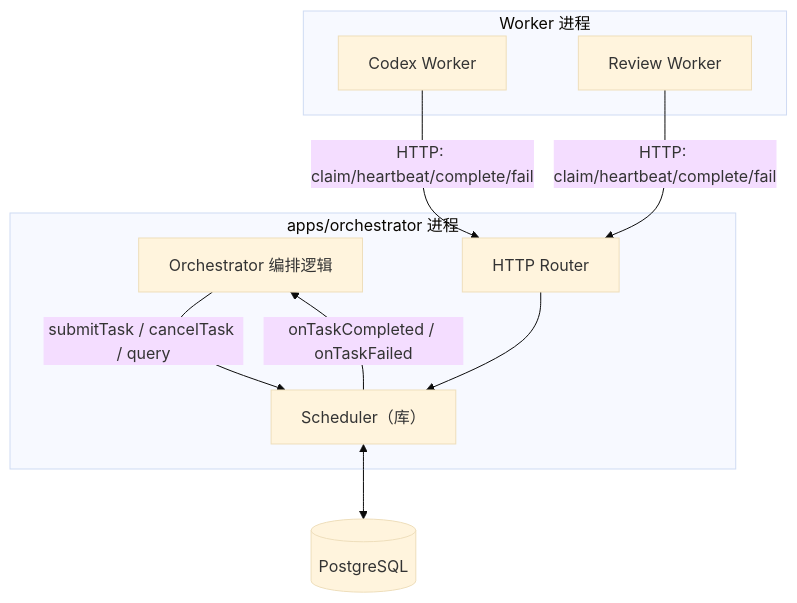
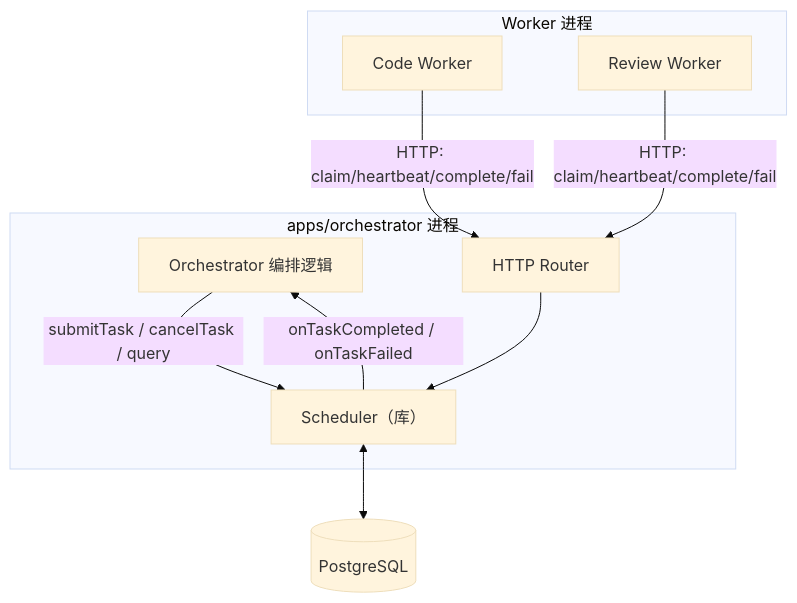
Before and after one commit to YoungerYang-Y/ai-sdlc-platform: the first of 4 diagrams in docs/design-docs/modules/scheduler.md, drawn with Mermaid (base theme). The commit also changed 15 other files, not shown here.

````diff
--- a/docs/design-docs/modules/scheduler.md
+++ b/docs/design-docs/modules/scheduler.md
@@ -37,22 +37,22 @@
 ```mermaid
 flowchart TB
     subgraph Orchestrator["apps/orchestrator 进程"]
         O["Orchestrator 编排逻辑"]
         S["Scheduler（库）"]
         API["HTTP Router"]
     end
 
     subgraph Workers["Worker 进程"]
-        W1["Codex Worker"]
+        W1["Code Worker"]
         W2["Review Worker"]
     end
 
     DB[(PostgreSQL)]
 
     O -->|"submitTask / cancelTask / query"| S
     S -->|"onTaskCompleted / onTaskFailed"| O
     W1 -->|"HTTP: claim/heartbeat/complete/fail"| API
     W2 -->|"HTTP: claim/heartbeat/complete/fail"| API
     API --> S
     S <--> DB
 ```
````
